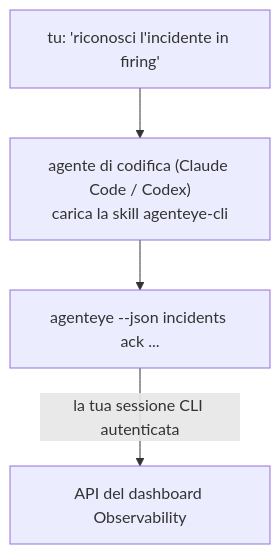
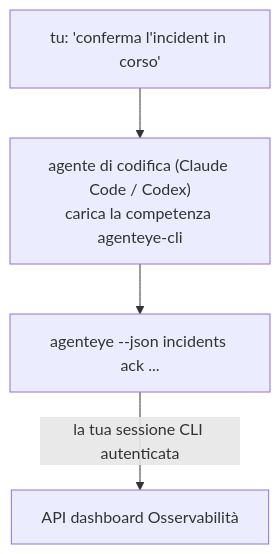
Before and after one commit to FailproofAI/failproofai: the diagram in docs/it/agenteye/cli-skill.mdx, drawn with Mermaid. The commit also changed other lines of this file and 649 other files, not shown here.

````diff
--- a/docs/it/agenteye/cli-skill.mdx
+++ b/docs/it/agenteye/cli-skill.mdx
@@ -28,6 +28,6 @@
 ```mermaid
 flowchart TD
-    YOU["tu: 'riconosci l'incidente in firing'"] --> AGENT["agente di codifica (Claude Code / Codex)<br/>carica la skill agenteye-cli"]
+    YOU["tu: 'conferma l'incident in corso'"] --> AGENT["agente di codifica (Claude Code / Codex)<br/>carica la competenza agenteye-cli"]
     AGENT --> CLI["agenteye --json incidents ack ..."]
-    CLI -->|la tua sessione CLI autenticata| API["API del dashboard Observability"]
+    CLI -->|la tua sessione CLI autenticata| API["API dashboard Osservabilità"]
 ```
````
